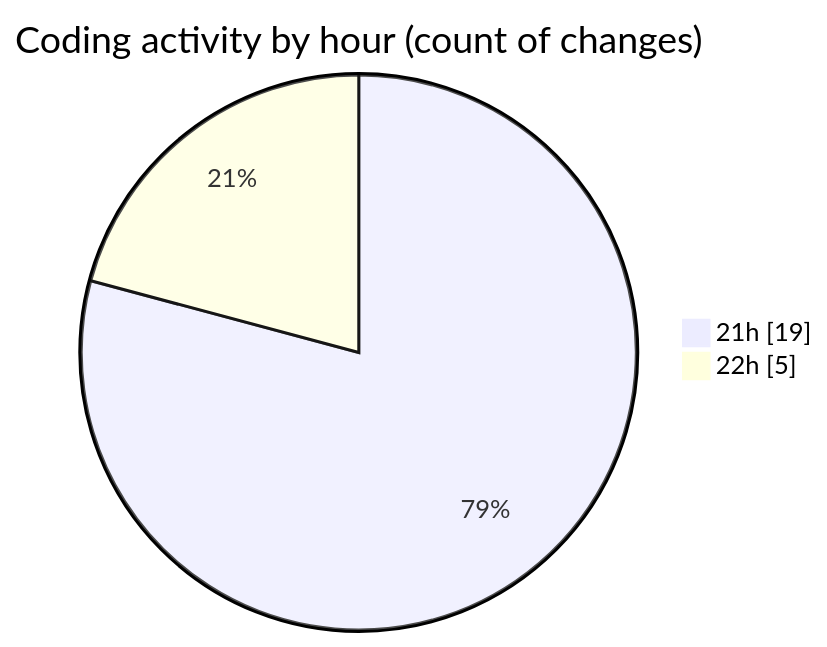
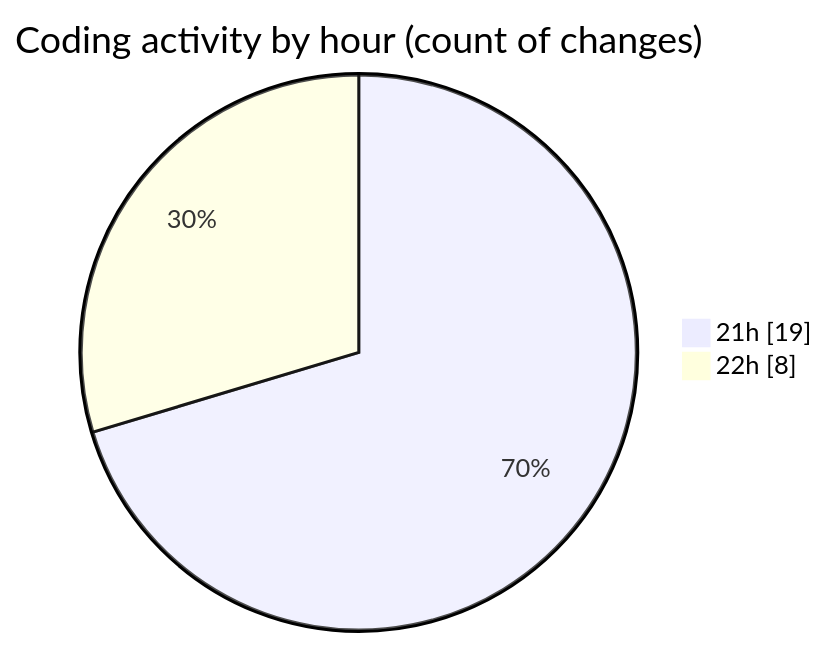
The second of 2 diagrams in 2025-01-14/github-activity-tracker/README.md (momahboobian/code-tracking), drawn with Mermaid before and after one commit. The commit also changed other lines of this file and 1 other file, not shown here.

````diff
--- a/2025-01-14/github-activity-tracker/README.md
+++ b/2025-01-14/github-activity-tracker/README.md
@@ -33,6 +33,6 @@
 ```mermaid
 pie showData
 title Coding activity by hour (count of changes)
 "21h" : 19
-"22h" : 5
+"22h" : 8
 ```
````
